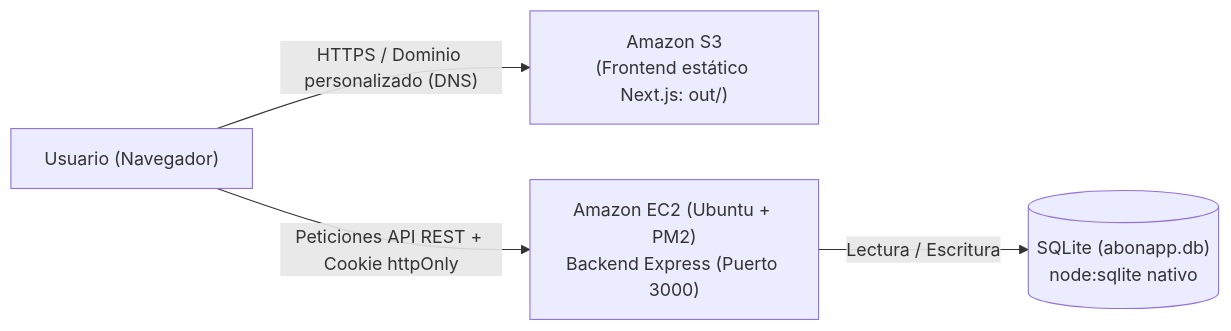
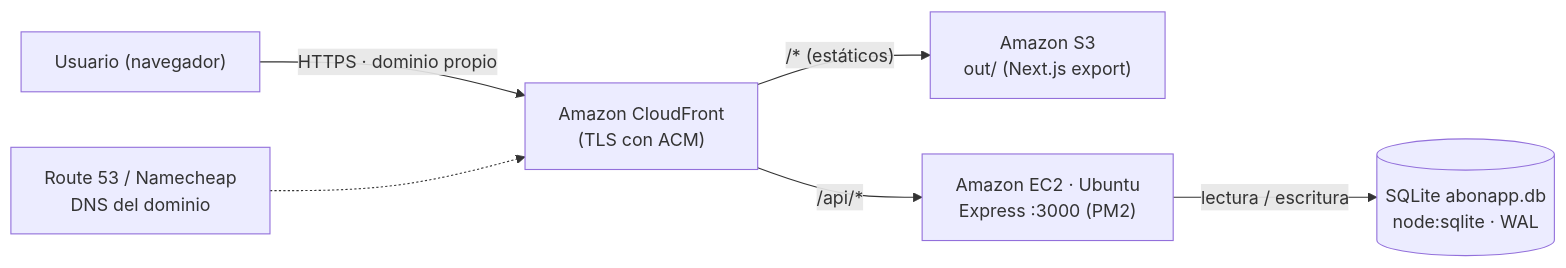
Before and after one commit to amarinr786-droid/AbonApp: the diagram in README.md, drawn with Mermaid. The commit also changed other lines of this file and 19 other files, not shown here.

````diff
--- a/README.md
+++ b/README.md
@@ -36,6 +39,8 @@
 ```mermaid
 flowchart LR
-    U["Usuario (Navegador)"] -->|"HTTPS / Dominio personalizado (DNS)"| S3["Amazon S3<br/>(Frontend estático Next.js: out/)"]
-    U -->|"Peticiones API REST + Cookie httpOnly"| EC2["Amazon EC2 (Ubuntu + PM2)<br/>Backend Express (Puerto 3000)"]
-    EC2 -->|"Lectura / Escritura"| DB[("SQLite (abonapp.db)<br/>node:sqlite nativo")]
+    U["Usuario (navegador)"] -->|"HTTPS · dominio propio"| CF["Amazon CloudFront<br/>(TLS con ACM)"]
+    CF -->|"/* (estáticos)"| S3["Amazon S3<br/>out/ (Next.js export)"]
+    CF -->|"/api/*"| EC2["Amazon EC2 · Ubuntu<br/>Express :3000 (PM2)"]
+    EC2 -->|"lectura / escritura"| DB[("SQLite abonapp.db<br/>node:sqlite · WAL")]
+    DNS["Route 53 / Namecheap<br/>DNS del dominio"] -.-> CF
 ```
````
